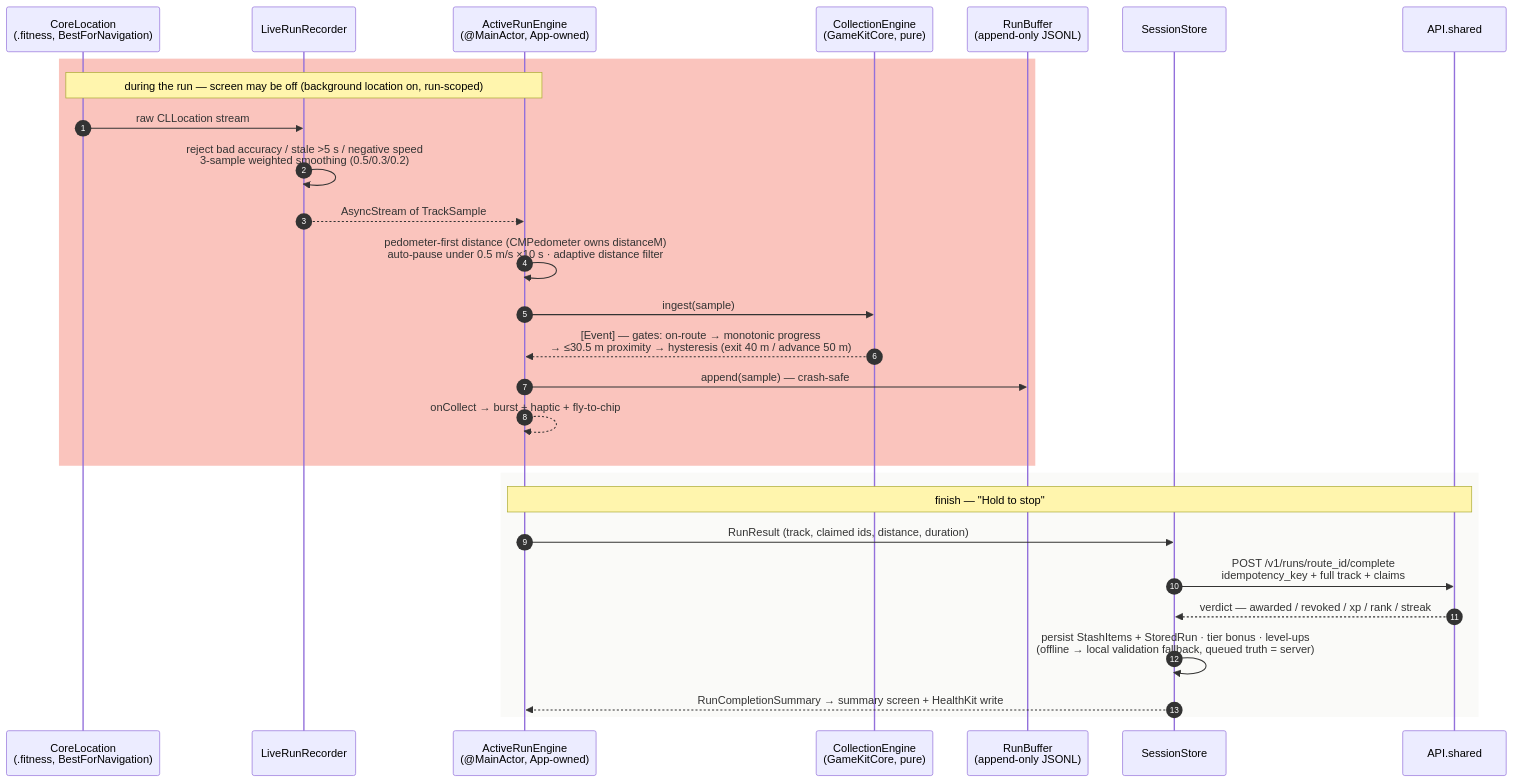
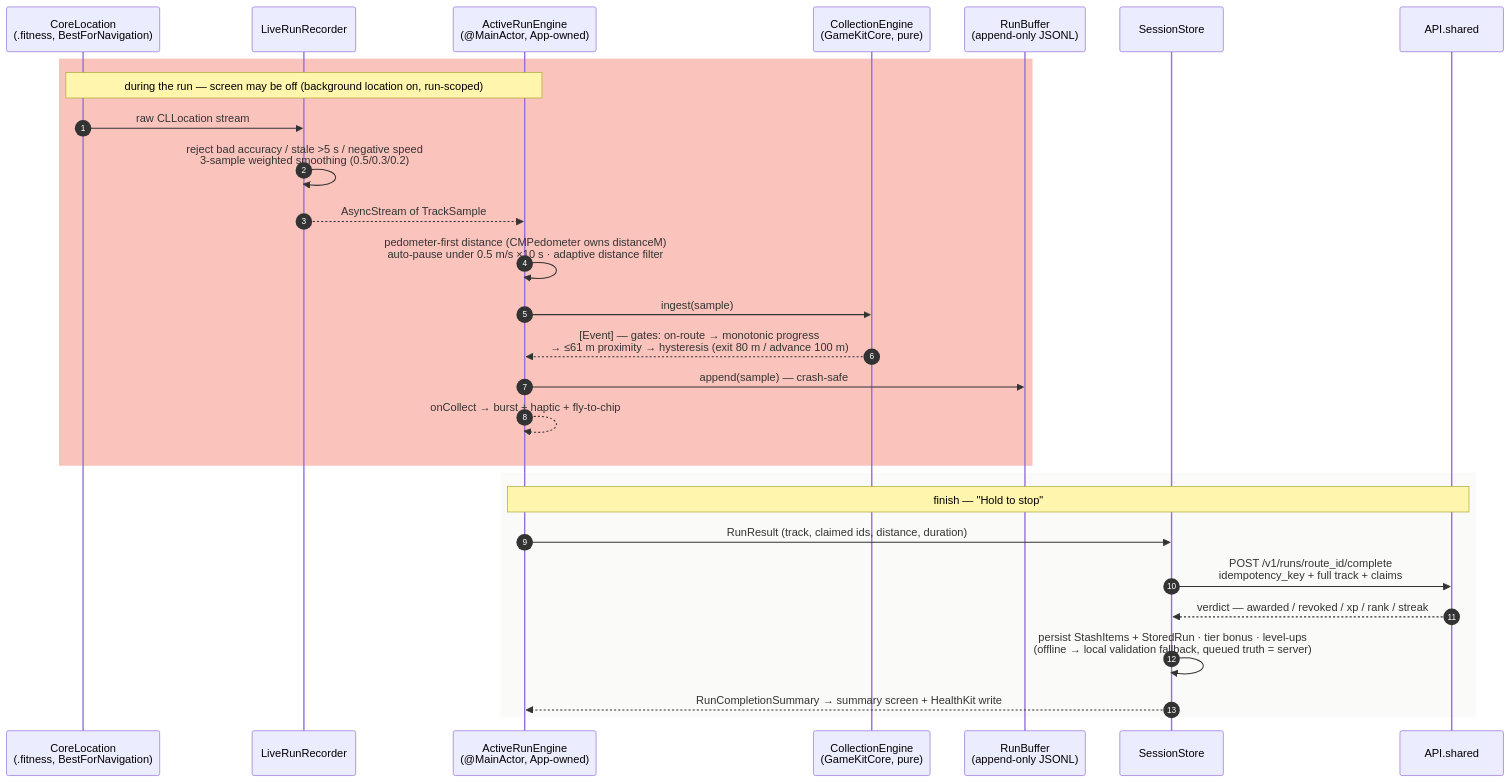
Before and after one commit to Ifthikar20/project-gr: diagram 12 of 17 in docs/16-architecture-deep-dive.md, drawn with Mermaid. The commit also changed other lines of this file and 13 other files, not shown here.

````diff
--- a/docs/16-architecture-deep-dive.md
+++ b/docs/16-architecture-deep-dive.md
@@ -482,32 +482,32 @@
 ```mermaid
 sequenceDiagram
     autonumber
     participant GPS as CoreLocation<br/>(.fitness, BestForNavigation)
     participant REC as LiveRunRecorder
     participant ENG as ActiveRunEngine<br/>(@MainActor, App-owned)
     participant CE as CollectionEngine<br/>(GameKitCore, pure)
     participant BUF as RunBuffer<br/>(append-only JSONL)
     participant S as SessionStore
     participant API as API.shared
 
     rect rgb(250, 196, 189)
         note over GPS,ENG: during the run — screen may be off (background location on, run-scoped)
         GPS->>REC: raw CLLocation stream
         REC->>REC: reject bad accuracy / stale >5 s / negative speed<br/>3-sample weighted smoothing (0.5/0.3/0.2)
         REC-->>ENG: AsyncStream of TrackSample
         ENG->>ENG: pedometer-first distance (CMPedometer owns distanceM)<br/>auto-pause under 0.5 m/s ×10 s · adaptive distance filter
         ENG->>CE: ingest(sample)
-        CE-->>ENG: [Event] — gates: on-route → monotonic progress<br/>→ ≤30.5 m proximity → hysteresis (exit 40 m / advance 50 m)
+        CE-->>ENG: [Event] — gates: on-route → monotonic progress<br/>→ ≤61 m proximity → hysteresis (exit 80 m / advance 100 m)
         ENG->>BUF: append(sample)  — crash-safe
         ENG-->>ENG: onCollect → burst + haptic + fly-to-chip
     end
 
     rect rgb(250, 250, 248)
         note over ENG,API: finish — "Hold to stop"
         ENG->>S: RunResult (track, claimed ids, distance, duration)
         S->>API: POST /v1/runs/route_id/complete<br/>idempotency_key + full track + claims
         API-->>S: verdict — awarded / revoked / xp / rank / streak
         S->>S: persist StashItems + StoredRun · tier bonus · level-ups<br/>(offline → local validation fallback, queued truth = server)
         S-->>ENG: RunCompletionSummary → summary screen + HealthKit write
     end
 ```
````
